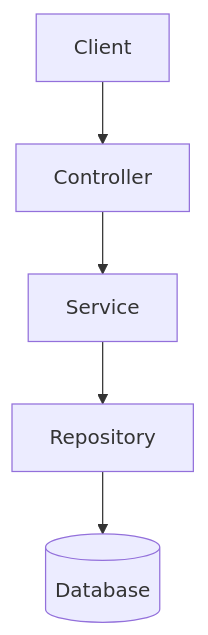
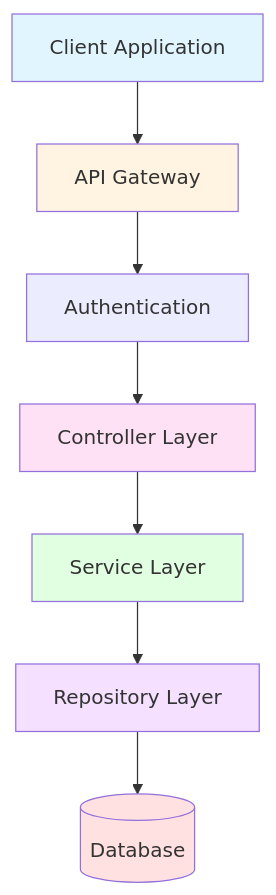
Before and after one commit to Jhonmoreno000/PROYECTO-SENA-TIENDA-TEXTIL-: the second of 4 diagrams in README.md, drawn with Mermaid. The commit also changed other lines of this file, not shown here.

````diff
--- a/README.md
+++ b/README.md
@@ -57,7 +82,16 @@
 ```mermaid
 graph TD
-    U[Client] --> C[Controller]
-    C --> S[Service]
-    S --> R[Repository]
-    R --> D[(Database)]
+    Client[Client Application] --> API[API Gateway]
+    API --> Auth[Authentication]
+    Auth --> Controller[Controller Layer]
+    Controller --> Service[Service Layer]
+    Service --> Repository[Repository Layer]
+    Repository --> DB[(Database)]
+    
+    style Client fill:#e1f5ff
+    style API fill:#fff4e1
+    style Controller fill:#ffe1f5
+    style Service fill:#e1ffe1
+    style Repository fill:#f5e1ff
+    style DB fill:#ffe1e1
 ```
````
